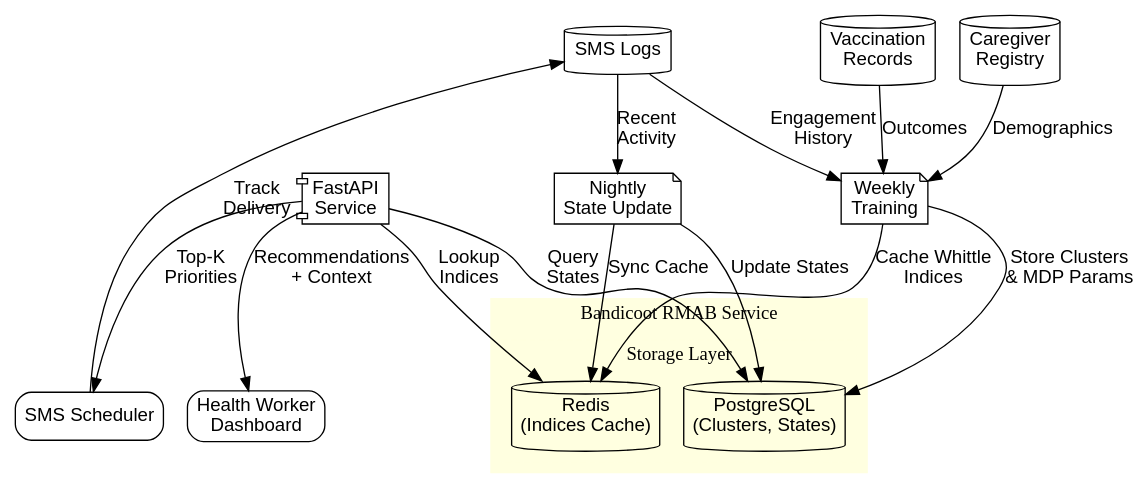
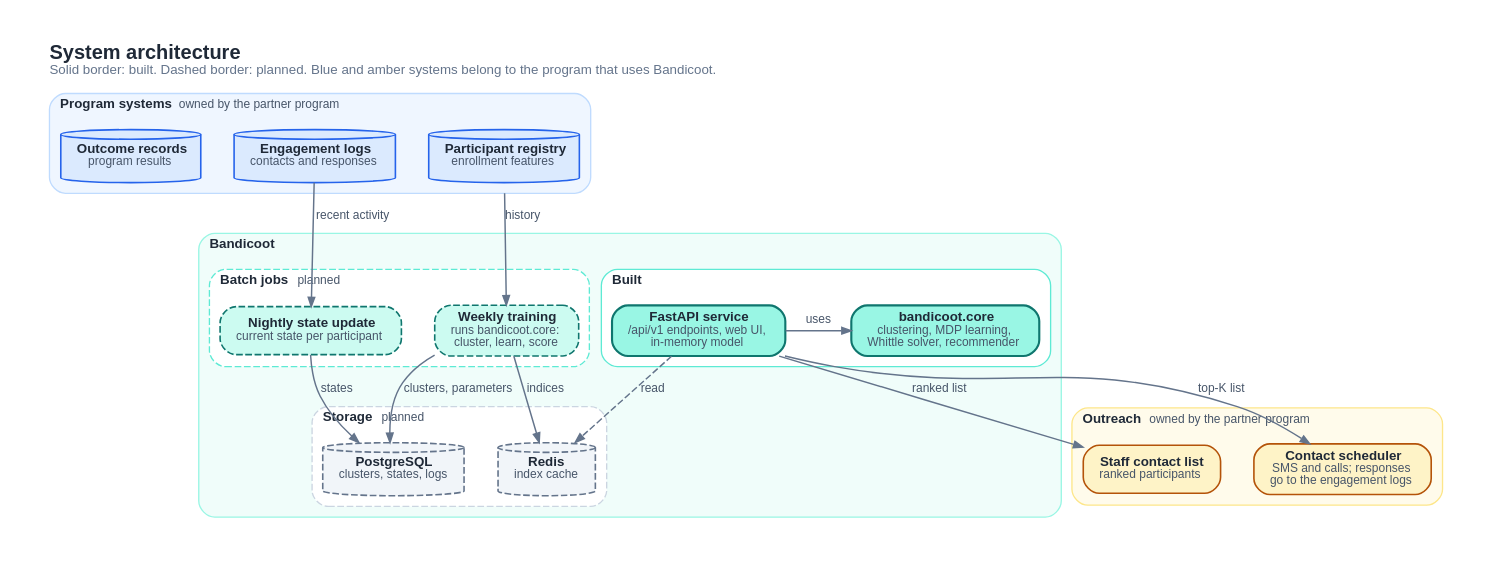
One commit to bhi5hmaraj/bandicoot changed the diagram in docs/diagrams/system-architecture.dot. Above: the diagram before and after it, drawn with Graphviz. The commit also changed 20 other files, not shown here.

First line of the commit message:
Redesign diagrams and make README cause-neutral (checkpoint)

```diff
--- a/docs/diagrams/system-architecture.dot
+++ b/docs/diagrams/system-architecture.dot
@@ -1,74 +1,72 @@
+// System architecture: what is built and what is planned.
+// Render: dot -Tsvg system-architecture.dot -o system-architecture.svg
 digraph SystemArchitecture {
-    rankdir=TB;
-    node [shape=box, style=rounded, fontname="Arial"];
-    edge [fontname="Arial"];
+    graph [rankdir=TB, compound=true, newrank=true, bgcolor="#ffffff", pad="0.3",
+           nodesep="0.35", ranksep="0.55", labelloc=t, labeljust=l,
+           fontname="Helvetica,Arial,sans-serif", fontsize=10, fontcolor="#1f2937"];
+    node  [shape=box, style="rounded,filled", penwidth=1.2, margin="0.16,0.07",
+           fontname="Helvetica,Arial,sans-serif", fontsize=10, fontcolor="#1f2937",
+           fillcolor="#ffffff", color="#94a3b8"];
+    edge  [color="#64748b", penwidth=1.1, arrowsize=0.7,
+           fontname="Helvetica,Arial,sans-serif", fontsize=9, fontcolor="#475569"];
 
-    // Color scheme
-    subgraph cluster_suvita {
-        label="Suvita Systems";
-        style=filled;
-        color=lightblue;
-
-        registry [label="Caregiver\nRegistry", shape=cylinder];
-        sms_logs [label="SMS Logs", shape=cylinder];
-        vaccinations [label="Vaccination\nRecords", shape=cylinder];
+    subgraph cluster_program {
+        label=<<b>Program systems</b>  <font point-size="9" color="#475569">owned by the partner program</font>>;
+        style="rounded,filled"; fillcolor="#eff6ff"; color="#bfdbfe";
+        node [shape=cylinder, style=filled, fillcolor="#dbeafe", color="#2563eb"];
+        logs     [label=<<b>Engagement logs</b><br/><font point-size="9" color="#475569">contacts and responses</font>>];
+        registry [label=<<b>Participant registry</b><br/><font point-size="9" color="#475569">enrollment features</font>>];
+        outcomes [label=<<b>Outcome records</b><br/><font point-size="9" color="#475569">program results</font>>];
     }
 
     subgraph cluster_bandicoot {
-        label="Bandicoot RMAB Service";
-        style=filled;
-        color=lightyellow;
-
-        api [label="FastAPI\nService", shape=component];
+        label=<<b>Bandicoot</b>>;
+        style="rounded,filled"; fillcolor="#f0fdfa"; color="#99f6e4";
 
         subgraph cluster_jobs {
-            label="Batch Jobs";
-            style=dashed;
+            label=<<b>Batch jobs</b>  <font point-size="9" color="#475569">planned</font>>;
+            style="rounded,dashed"; color="#5eead4";
+            node [fillcolor="#ccfbf1", color="#0f766e", style="rounded,filled,dashed"];
+            nightly  [label=<<b>Nightly state update</b><br/><font point-size="9" color="#475569">current state per participant</font>>];
+            training [label=<<b>Weekly training</b><br/><font point-size="9" color="#475569">runs bandicoot.core:<br/>cluster, learn, score</font>>];
+        }
 
-            training [label="Weekly\nTraining", shape=note];
-            state_update [label="Nightly\nState Update", shape=note];
+        subgraph cluster_built {
+            label=<<b>Built</b>>;
+            style="rounded"; color="#5eead4";
+            node [fillcolor="#99f6e4", color="#0f766e", penwidth=1.6];
+            service [label=<<b>FastAPI service</b><br/><font point-size="9" color="#475569">/api/v1 endpoints, web UI,<br/>in-memory model</font>>];
+            library [label=<<b>bandicoot.core</b><br/><font point-size="9" color="#475569">clustering, MDP learning,<br/>Whittle solver, recommender</font>>];
         }
 
         subgraph cluster_storage {
-            label="Storage Layer";
-            style=dashed;
-
-            postgres [label="PostgreSQL\n(Clusters, States)", shape=cylinder];
-            redis [label="Redis\n(Indices Cache)", shape=cylinder];
+            label=<<b>Storage</b>  <font point-size="9" color="#475569">planned</font>>;
+            style="rounded,dashed"; color="#cbd5e1";
+            node [shape=cylinder, style="filled,dashed", fillcolor="#f1f5f9", color="#64748b"];
+            postgres [label=<<b>PostgreSQL</b><br/><font point-size="9" color="#475569">clusters, states, logs</font>>];
+            redis    [label=<<b>Redis</b><br/><font point-size="9" color="#475569">index cache</font>>];
         }
     }
 
-    subgraph cluster_output {
-        label="Recommendations";
-        style=filled;
-        color=lightgreen;
-
-        sms_system [label="SMS Scheduler"];
-        health_workers [label="Health Worker\nDashboard"];
+    subgraph cluster_outreach {
+        label=<<b>Outreach</b>  <font point-size="9" color="#475569">owned by the partner program</font>>;
+        style="rounded,filled"; fillcolor="#fffbeb"; color="#fde68a";
+        node [fillcolor="#fef3c7", color="#b45309"];
+        staff     [label=<<b>Staff contact list</b><br/><font point-size="9" color="#475569">ranked participants</font>>];
+        scheduler [label=<<b>Contact scheduler</b><br/><font point-size="9" color="#475569">SMS and calls; responses<br/>go to the engagement logs</font>>];
     }
 
-    // Data flows
-    registry -> training [label="Demographics"];
-    sms_logs -> training [label="Engagement\nHistory"];
-    vaccinations -> training [label="Outcomes"];
+    logs -> nightly [label="recent activity"];
+    registry -> training [ltail=cluster_program, label="history"];
+    nightly -> postgres [label="states"];
+    training -> postgres [label="clusters, parameters"];
+    training -> redis [label="indices"];
+    service -> library [label="uses"];
+    service -> redis [style=dashed, label="read"];
+    service -> staff [label="ranked list"];
+    service -> scheduler [label="top-K list"];
 
-    training -> postgres [label="Store Clusters\n& MDP Params"];
-    training -> redis [label="Cache Whittle\nIndices"];
+    {rank=same; nightly; training; service; library}
 
-    sms_logs -> state_update [label="Recent\nActivity"];
-    state_update -> postgres [label="Update States"];
-    state_update -> redis [label="Sync Cache"];
-
-    api -> postgres [label="Query\nStates"];
-    api -> redis [label="Lookup\nIndices"];
-
-    api -> sms_system [label="Top-K\nPriorities"];
-    api -> health_workers [label="Recommendations\n+ Context"];
-
-    sms_system -> sms_logs [label="Track\nDelivery"];
-
-    // Styling
-    {rank=same; registry; sms_logs; vaccinations;}
-    {rank=same; api; training; state_update;}
-    {rank=same; sms_system; health_workers;}
+    label=<<font point-size="15"><b>System architecture</b></font><br align="left"/><font point-size="10" color="#64748b">Solid border: built. Dashed border: planned. Blue and amber systems belong to the program that uses Bandicoot.</font><br align="left"/>>;
 }
```
